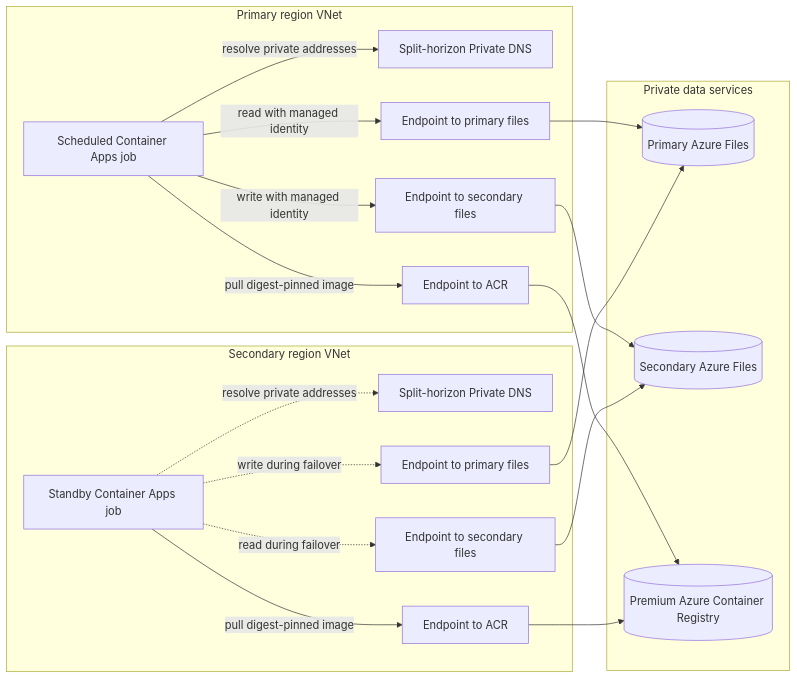
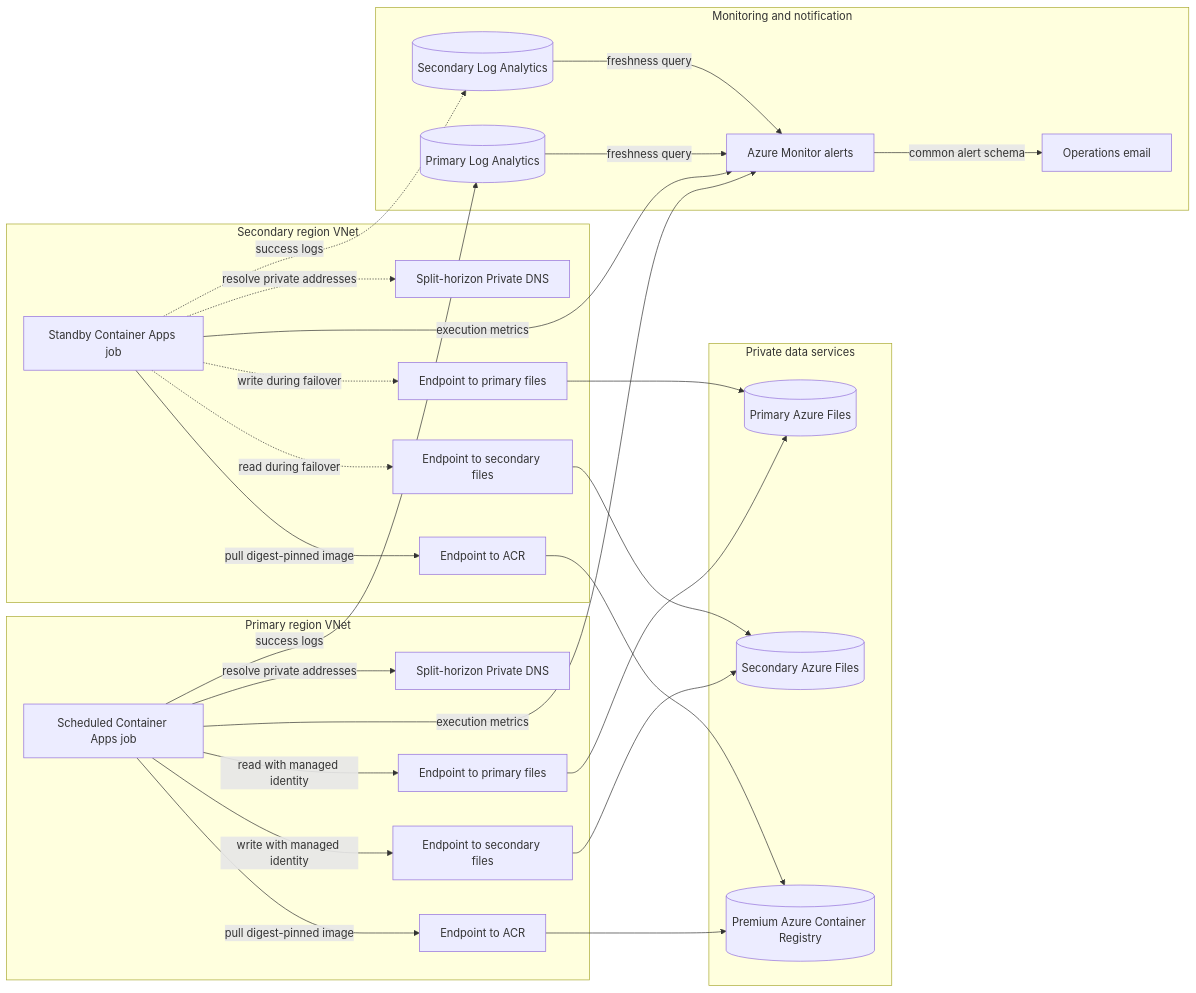
One commit to bmkinney/azure-file-replication-non-region-pair changed the diagram in README.md. Above: the diagram before and after it, drawn with Mermaid. The commit also changed other lines of this file and 9 other files, not shown here.

````diff
--- a/README.md
+++ b/README.md
@@ -8,38 +8,51 @@
 ```mermaid
 flowchart LR
 	subgraph PrimaryRegion["Primary region VNet"]
 		PrimaryJob["Scheduled Container Apps job"]
 		PrimaryDns["Split-horizon Private DNS"]
 		PrimaryFileEndpoint["Endpoint to primary files"]
 		PrimaryRemoteEndpoint["Endpoint to secondary files"]
 		PrimaryAcrEndpoint["Endpoint to ACR"]
 	end
 	subgraph SecondaryRegion["Secondary region VNet"]
 		SecondaryJob["Standby Container Apps job"]
 		SecondaryDns["Split-horizon Private DNS"]
 		SecondaryRemoteEndpoint["Endpoint to primary files"]
 		SecondaryFileEndpoint["Endpoint to secondary files"]
 		SecondaryAcrEndpoint["Endpoint to ACR"]
 	end
 	subgraph DataServices["Private data services"]
 		PrimaryFiles[("Primary Azure Files")]
 		SecondaryFiles[("Secondary Azure Files")]
 		Registry[("Premium Azure Container Registry")]
 	end
+	subgraph Monitoring["Monitoring and notification"]
+		PrimaryLogs[("Primary Log Analytics")]
+		SecondaryLogs[("Secondary Log Analytics")]
+		AzureMonitor["Azure Monitor alerts"]
+		OperationsEmail["Operations email"]
+	end
 
 	PrimaryJob -->|"resolve private addresses"| PrimaryDns
 	PrimaryJob -->|"read with managed identity"| PrimaryFileEndpoint
 	PrimaryJob -->|"write with managed identity"| PrimaryRemoteEndpoint
 	PrimaryJob -->|"pull digest-pinned image"| PrimaryAcrEndpoint
 	PrimaryFileEndpoint --> PrimaryFiles
 	PrimaryRemoteEndpoint --> SecondaryFiles
 	PrimaryAcrEndpoint --> Registry
 
 	SecondaryJob -.->|"resolve private addresses"| SecondaryDns
 	SecondaryJob -.->|"read during failover"| SecondaryFileEndpoint
 	SecondaryJob -.->|"write during failover"| SecondaryRemoteEndpoint
 	SecondaryJob -->|"pull digest-pinned image"| SecondaryAcrEndpoint
 	SecondaryRemoteEndpoint --> PrimaryFiles
 	SecondaryFileEndpoint --> SecondaryFiles
 	SecondaryAcrEndpoint --> Registry
+	PrimaryJob -->|"success logs"| PrimaryLogs
+	SecondaryJob -.->|"success logs"| SecondaryLogs
+	PrimaryJob -->|"execution metrics"| AzureMonitor
+	SecondaryJob -->|"execution metrics"| AzureMonitor
+	PrimaryLogs -->|"freshness query"| AzureMonitor
+	SecondaryLogs -->|"freshness query"| AzureMonitor
+	AzureMonitor -->|"common alert schema"| OperationsEmail
 ```
````
